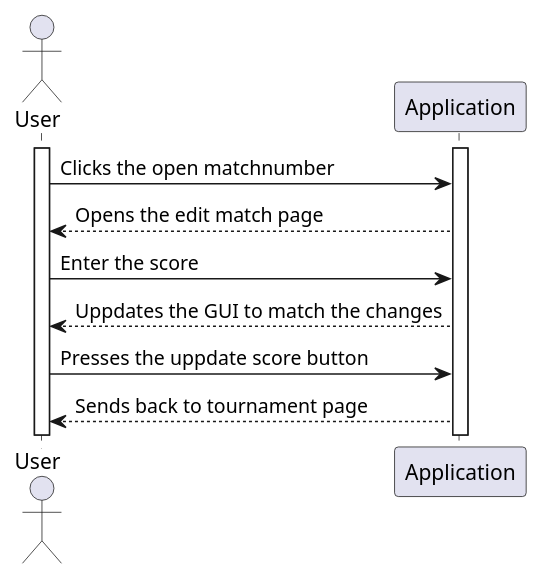
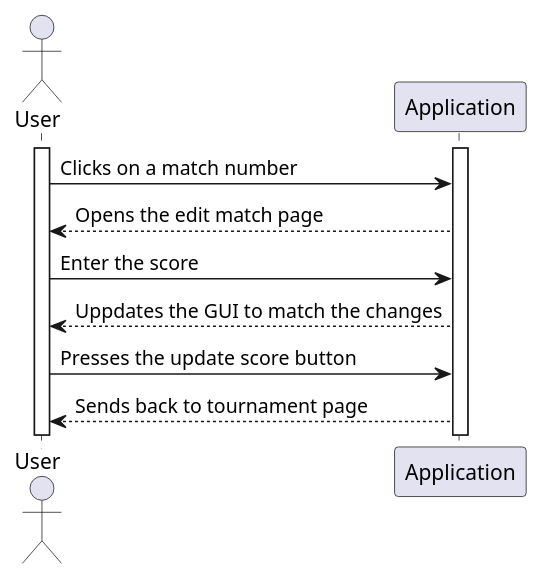
Before and after one commit to itzMesh/DCST1008-Prosjekt: the diagram in ProjektUML/SequencediagramUserAppData/sequence_diagram_editMatch.wsd, drawn with PlantUML. The commit also changed 15 other files, not shown here.

```diff
--- a/ProjektUML/SequencediagramUserAppData/sequence_diagram_editMatch.wsd
+++ b/ProjektUML/SequencediagramUserAppData/sequence_diagram_editMatch.wsd
@@ -1,17 +1,17 @@
 @startuml editMatch
 
 actor User as U
 participant Application as A
 
 activate U
 activate A
 
 
-U->A: Clicks the open matchnumber
+U->A: Clicks on a match number
 A-->U: Opens the edit match page
 U->A: Enter the score
 A-->U: Uppdates the GUI to match the changes
-U->A: Presses the uppdate score button 
+U->A: Presses the update score button 
 A-->U: Sends back to tournament page 
 
 @enduml
```
